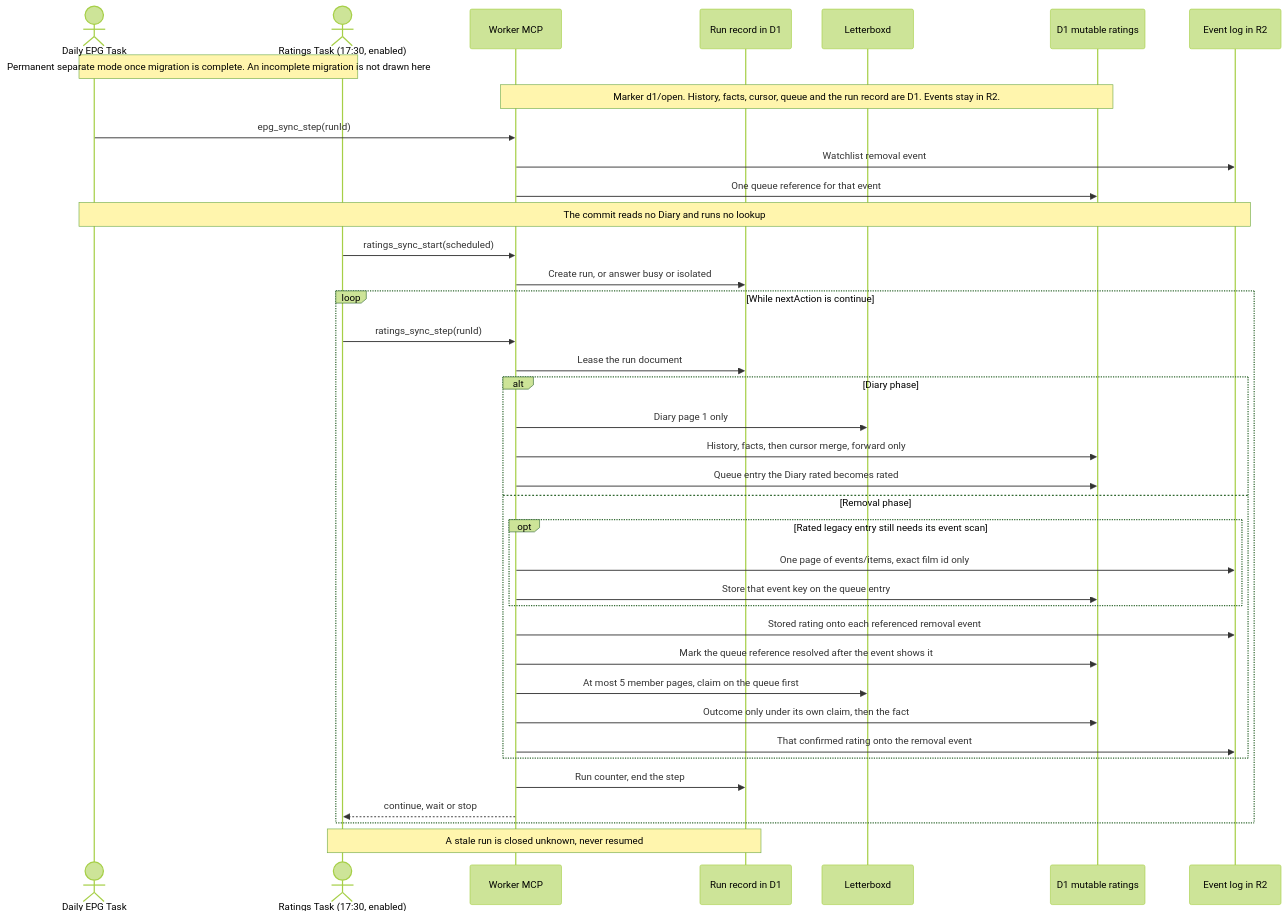
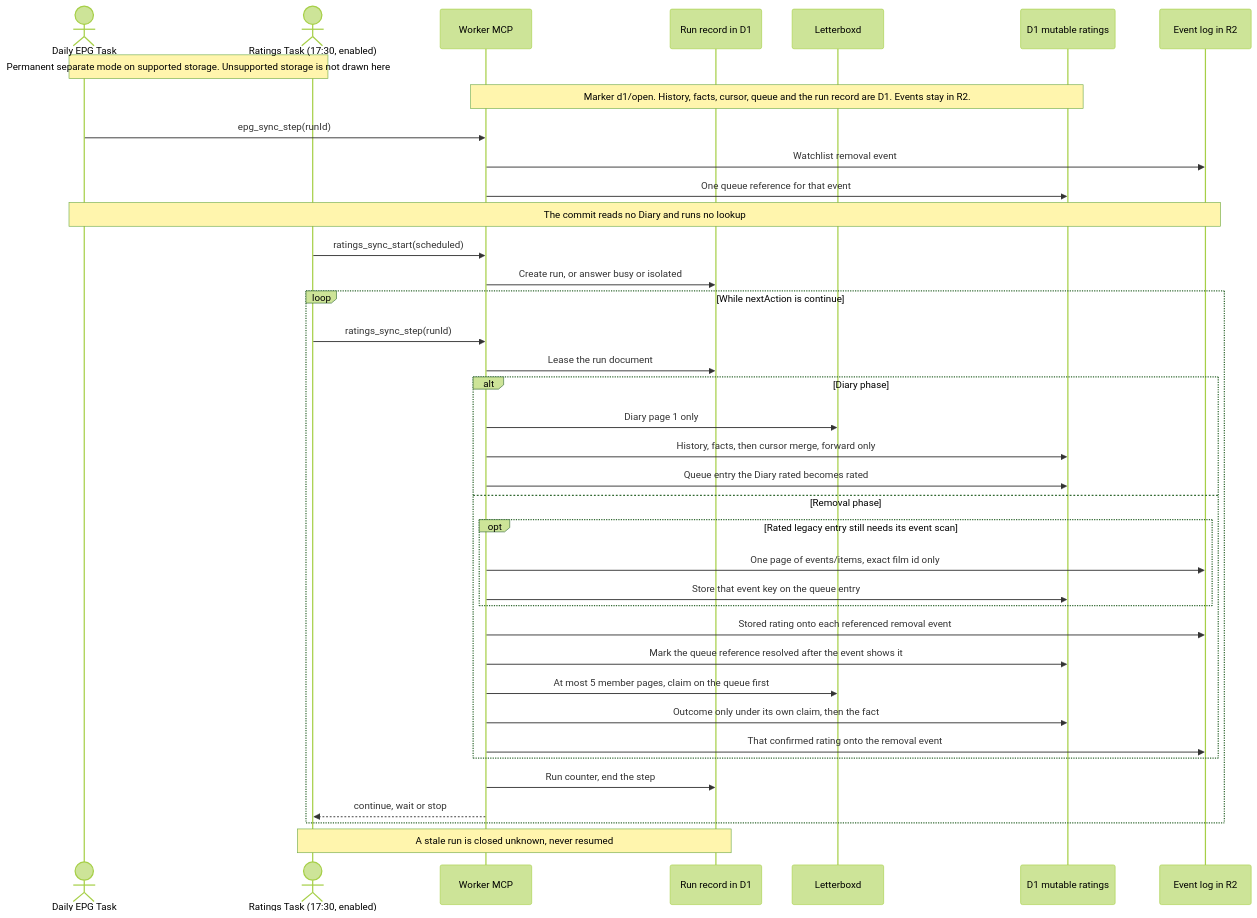
The eighth of 12 diagrams in docs/architecture/scheduling-and-orchestration.md (vladimino/iptv-watchlist), drawn with Mermaid (forest theme) before and after one commit. The commit also changed other lines of this file and 37 other files, not shown here.

First line of the commit message:
Retire ratings storage migration tool; gate pipeline on storage schema (AIR-79 D-3)

````diff
--- a/docs/architecture/scheduling-and-orchestration.md
+++ b/docs/architecture/scheduling-and-orchestration.md
@@ -249,40 +249,40 @@
 ```mermaid
 sequenceDiagram
     actor Daily as Daily EPG Task
     actor Ratings as Ratings Task (17:30, enabled)
-    Note over Daily,Ratings: Permanent separate mode once migration is complete. An incomplete migration is not drawn here
+    Note over Daily,Ratings: Permanent separate mode on supported storage. Unsupported storage is not drawn here
     participant MCP as Worker MCP
     participant Run as Run record in D1
     participant LB as Letterboxd
     participant D1 as D1 mutable ratings
     participant R2 as Event log in R2
     Note over MCP,D1: Marker d1/open. History, facts, cursor, queue and the run record are D1. Events stay in R2.
     Daily->>MCP: epg_sync_step(runId)
     MCP->>R2: Watchlist removal event
     MCP->>D1: One queue reference for that event
     Note over Daily,R2: The commit reads no Diary and runs no lookup
     Ratings->>MCP: ratings_sync_start(scheduled)
     MCP->>Run: Create run, or answer busy or isolated
     loop While nextAction is continue
         Ratings->>MCP: ratings_sync_step(runId)
         MCP->>Run: Lease the run document
         alt Diary phase
             MCP->>LB: Diary page 1 only
             MCP->>D1: History, facts, then cursor merge, forward only
             MCP->>D1: Queue entry the Diary rated becomes rated
         else Removal phase
             opt Rated legacy entry still needs its event scan
                 MCP->>R2: One page of events/items, exact film id only
                 MCP->>D1: Store that event key on the queue entry
             end
             MCP->>R2: Stored rating onto each referenced removal event
             MCP->>D1: Mark the queue reference resolved after the event shows it
             MCP->>LB: At most 5 member pages, claim on the queue first
             MCP->>D1: Outcome only under its own claim, then the fact
             MCP->>R2: That confirmed rating onto the removal event
         end
         MCP->>Run: Run counter, end the step
         MCP-->>Ratings: continue, wait or stop
     end
     Note over Ratings,Run: A stale run is closed unknown, never resumed
 ```
````
